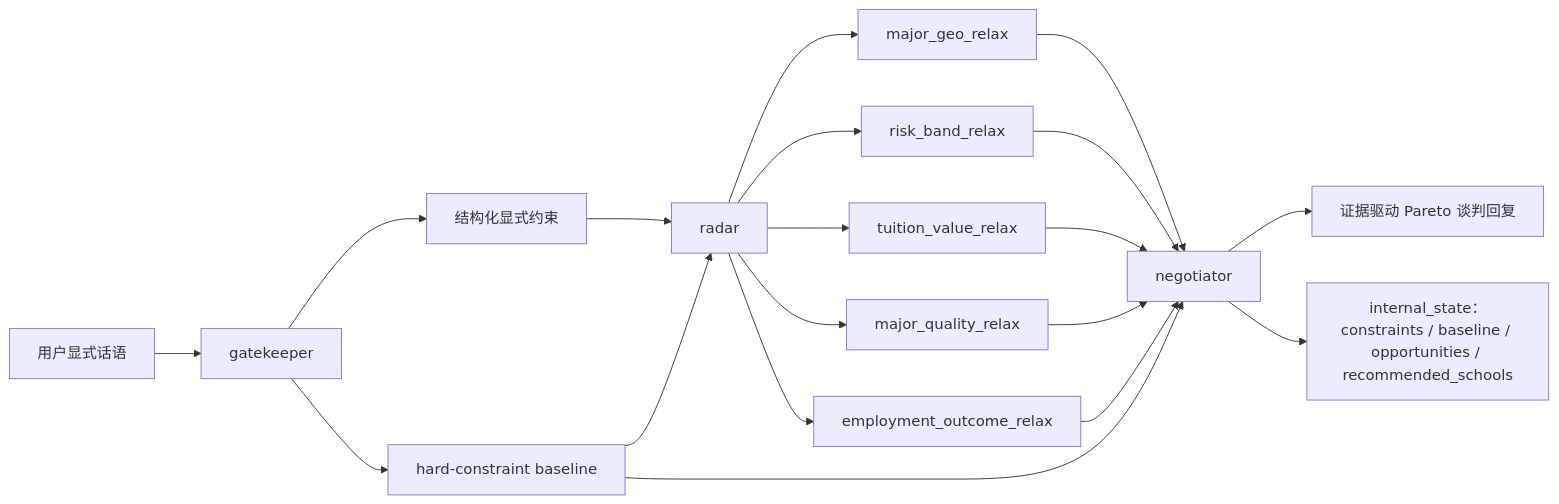
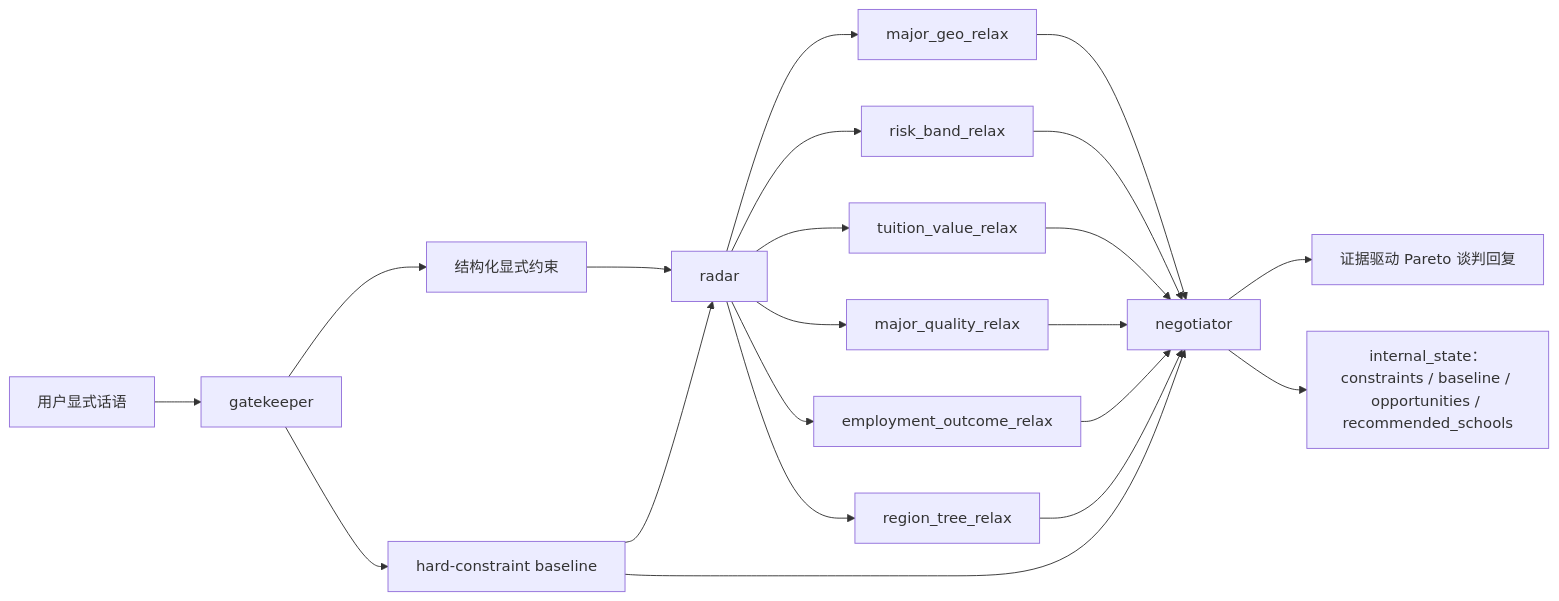
Before and after one commit to PZQ-ship-it/gaokaollm-v2: the second of 4 diagrams in gaokaollm_bench/outputs/thesis_figures_tables_pack.md, drawn with Mermaid. The commit also changed other lines of this file, not shown here.

Commit message:
feat:更新论文图表与算法表格素材包为七实验口径

````diff
--- a/gaokaollm_bench/outputs/thesis_figures_tables_pack.md
+++ b/gaokaollm_bench/outputs/thesis_figures_tables_pack.md
@@ -75,21 +79,23 @@
 ```mermaid
 flowchart LR
     IN["用户显式话语"] --> GK["gatekeeper"]
     GK --> C["结构化显式约束"]
     GK --> B["hard-constraint baseline"]
     C --> RD["radar"]
     B --> RD
     RD --> O1["major_geo_relax"]
     RD --> O2["risk_band_relax"]
     RD --> O3["tuition_value_relax"]
     RD --> O4["major_quality_relax"]
     RD --> O5["employment_outcome_relax"]
+    RD --> O6["region_tree_relax"]
     O1 --> NG["negotiator"]
     O2 --> NG
     O3 --> NG
     O4 --> NG
     O5 --> NG
+    O6 --> NG
     B --> NG
     NG --> OUT["证据驱动 Pareto 谈判回复"]
     NG --> STATE["internal_state：constraints / baseline / opportunities / recommended_schools"]
 ```
````
